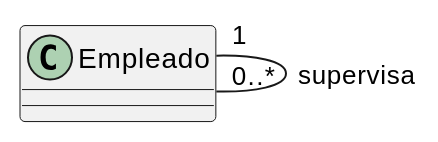
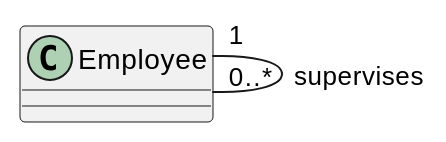
Before and after one commit to jcg-admin/IACT-docs: the seventh of 7 diagrams in source/base-cognitiva/_uml/uml-02-orientacion-objetos/tipos-de-asociaciones.rst, drawn with PlantUML. The commit also changed other lines of this file and 4 other files, not shown here.

```diff
--- a/source/base-cognitiva/_uml/uml-02-orientacion-objetos/tipos-de-asociaciones.rst
+++ b/source/base-cognitiva/_uml/uml-02-orientacion-objetos/tipos-de-asociaciones.rst
@@ -253,7 +253,7 @@
 .. uml::
 
    @startuml
 
-   class Empleado
-   Empleado "1" -- "0..*" Empleado : supervisa
+   class Employee
+   Employee "1" -- "0..*" Employee : supervises
    @enduml
```
